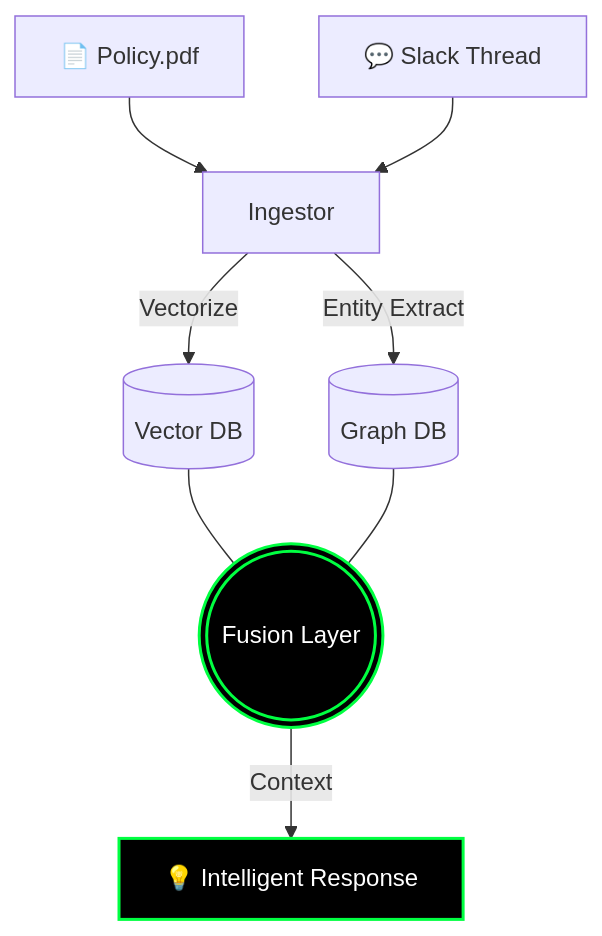
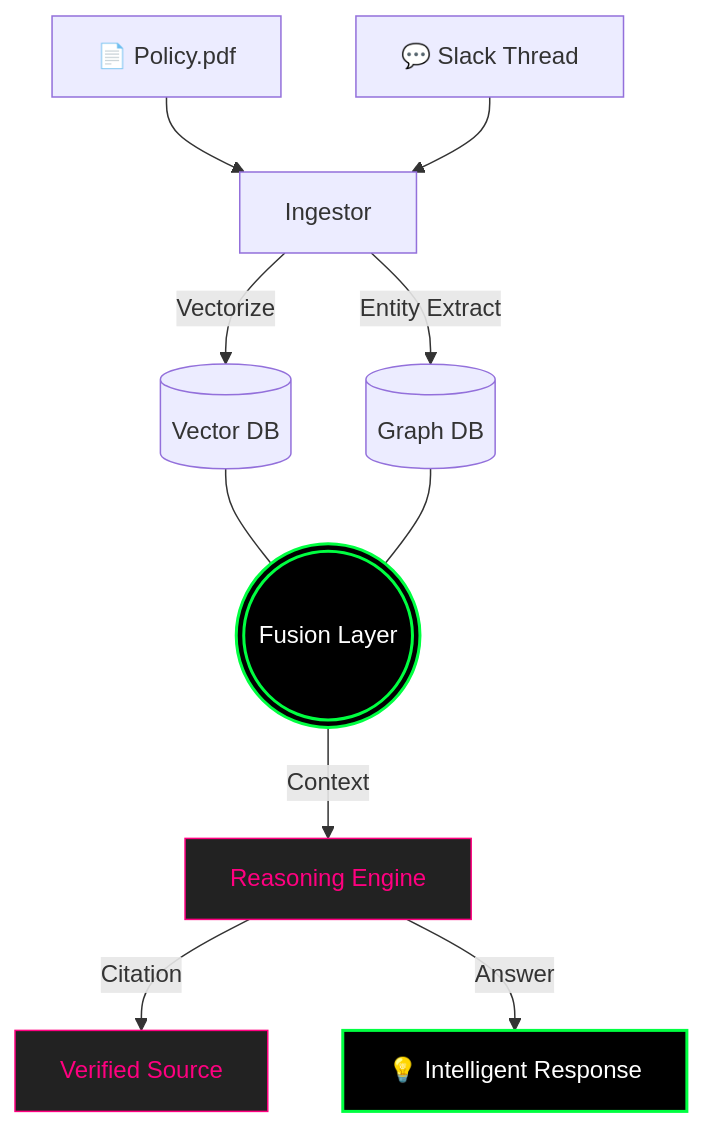
One commit to AshwinRenjith/ashwinrenjith changed the third of 3 diagrams in readme.md. Above: the diagram before and after it, drawn with Mermaid. The commit also changed other lines of this file, not shown here.

````diff
--- a/readme.md
+++ b/readme.md
@@ -341,18 +487,22 @@
 ```mermaid
 graph TD
     classDef doc fill:#000,stroke:#fff,stroke-width:1px,color:#fff
     classDef memory fill:#000,stroke:#00ff41,stroke-width:2px,color:#fff
+    classDef ai fill:#222,stroke:#ff0080,stroke-width:1px,color:#ff0080
 
     Input[📄 Policy.pdf] --> Ingestor
     Input2[💬 Slack Thread] --> Ingestor
     
     Ingestor -->|Vectorize| Pinecone[(Vector DB)]
     Ingestor -->|Entity Extract| Graph[(Graph DB)]
     
     Pinecone --- Link(((Fusion Layer)))
     Graph --- Link
     
-    Link -->|Context| Answer[💡 Intelligent Response]
+    Link -->|Context| AI_Reasoning[Reasoning Engine]
+    AI_Reasoning -->|Citation| Source[Verified Source]
+    AI_Reasoning -->|Answer| Answer[💡 Intelligent Response]
     
     class Link,Answer memory
+    class AI_Reasoning,Source ai
 ```
````
